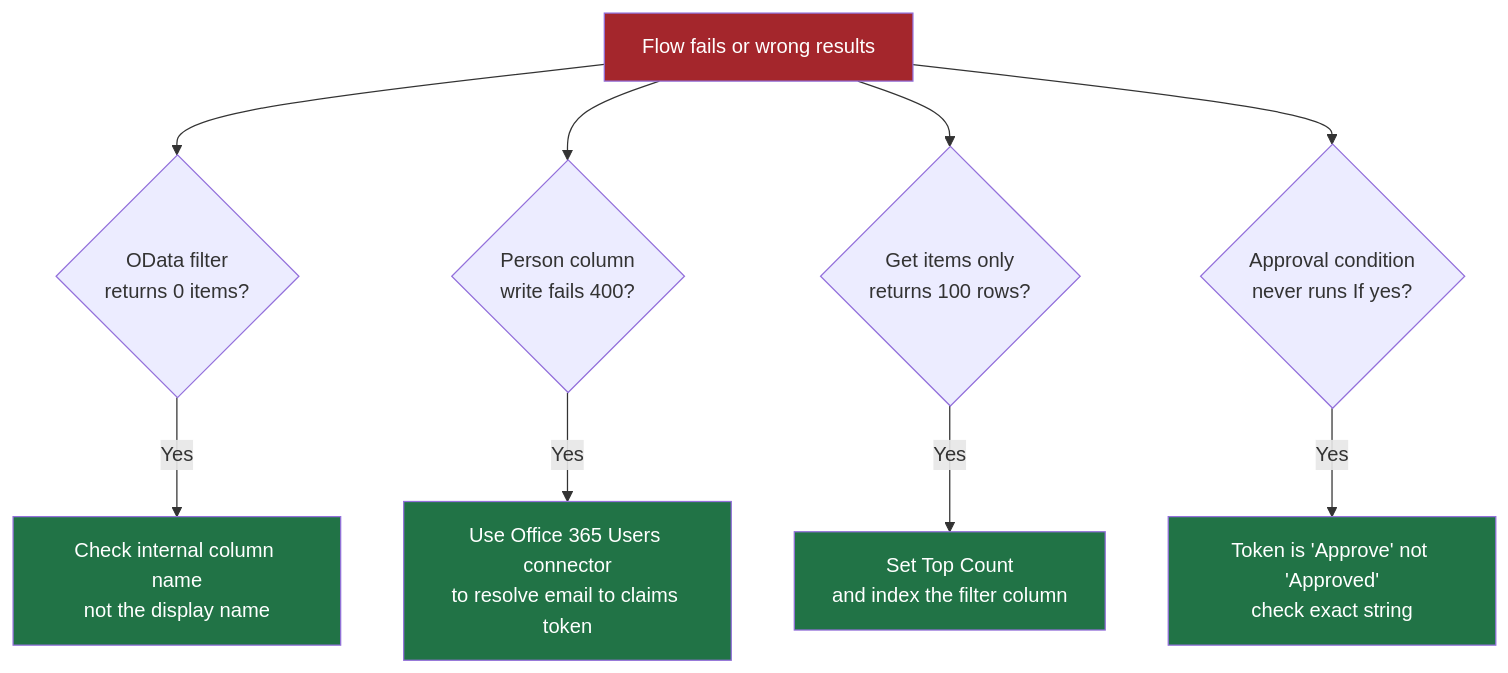
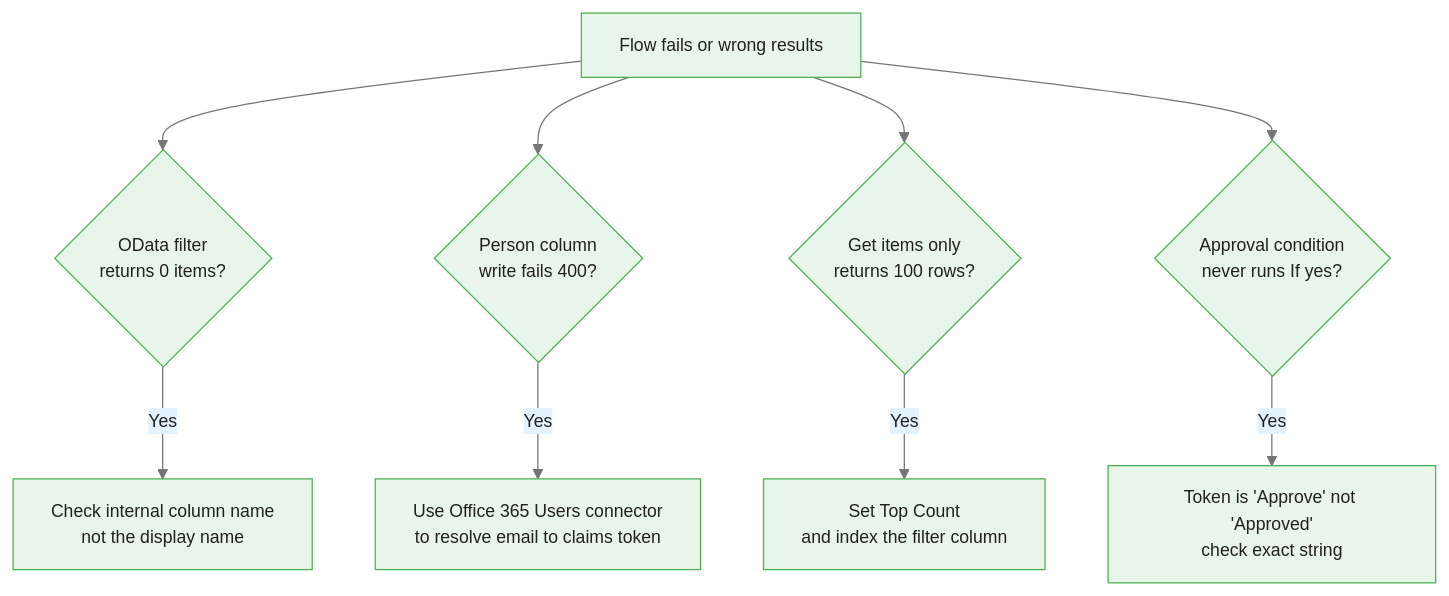
The ninth of 10 diagrams in courses/power-automate/modules/module_05_sharepoint_excel/guides/01_sharepoint_integration_slides.md (m-deane/course-creator), drawn with Mermaid before and after one commit. The commit also changed other lines of this file and 72 other files, not shown here.

````diff
--- a/courses/power-automate/modules/module_05_sharepoint_excel/guides/01_sharepoint_integration_slides.md
+++ b/courses/power-automate/modules/module_05_sharepoint_excel/guides/01_sharepoint_integration_slides.md
@@ -316,16 +333,12 @@
 ```mermaid
+%%{init: {"theme": "base", "themeVariables": {"primaryColor": "#e8f5e9", "primaryBorderColor": "#4caf50", "primaryTextColor": "#212121", "secondaryColor": "#e3f2fd", "tertiaryColor": "#fff8e1", "lineColor": "#757575", "fontFamily": "Inter, sans-serif", "fontSize": "14px"}}}%%
 graph TD
     E["Flow fails or wrong results"] --> Q1{"OData filter\nreturns 0 items?"}
     Q1 -->|Yes| F1["Check internal column name\nnot the display name"]
     E --> Q2{"Person column\nwrite fails 400?"}
     Q2 -->|Yes| F2["Use Office 365 Users connector\nto resolve email to claims token"]
     E --> Q3{"Get items only\nreturns 100 rows?"}
     Q3 -->|Yes| F3["Set Top Count\nand index the filter column"]
     E --> Q4{"Approval condition\nnever runs If yes?"}
     Q4 -->|Yes| F4["Token is 'Approve' not 'Approved'\ncheck exact string"]
-    style E fill:#A4262C,color:#fff
-    style F1 fill:#217346,color:#fff
-    style F2 fill:#217346,color:#fff
-    style F3 fill:#217346,color:#fff
-    style F4 fill:#217346,color:#fff
 ```
````
